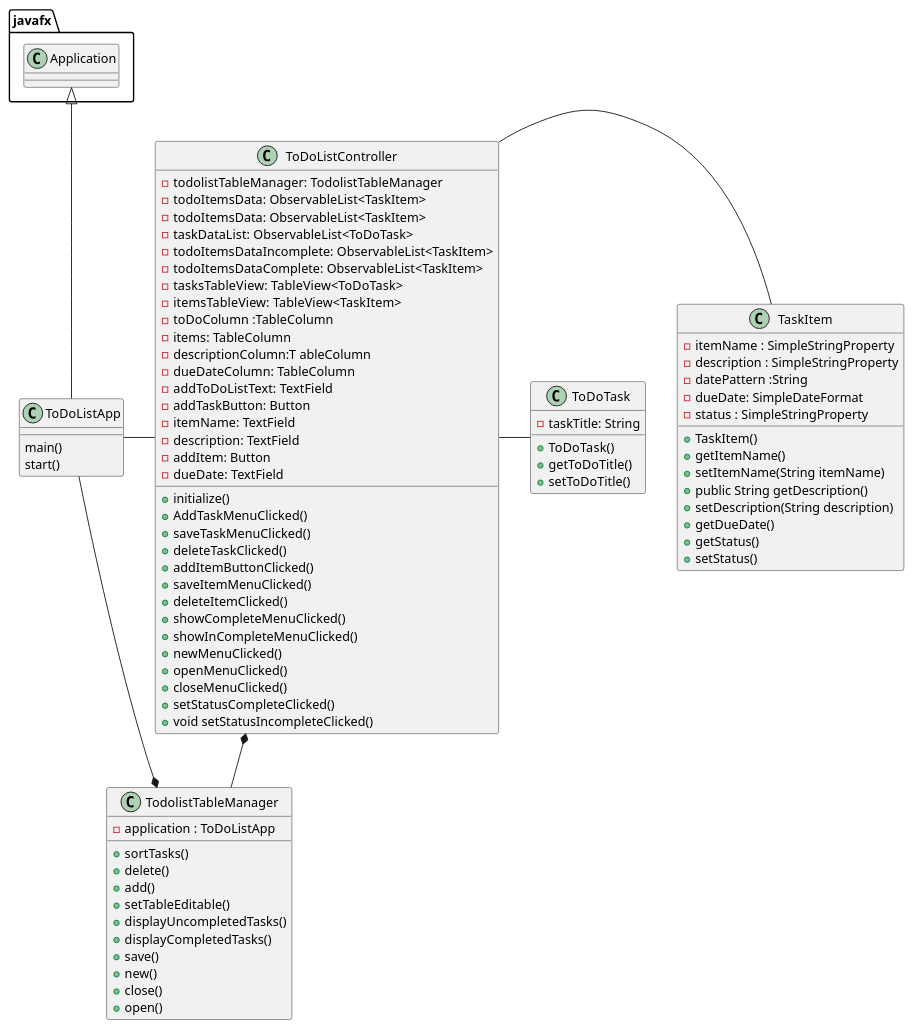
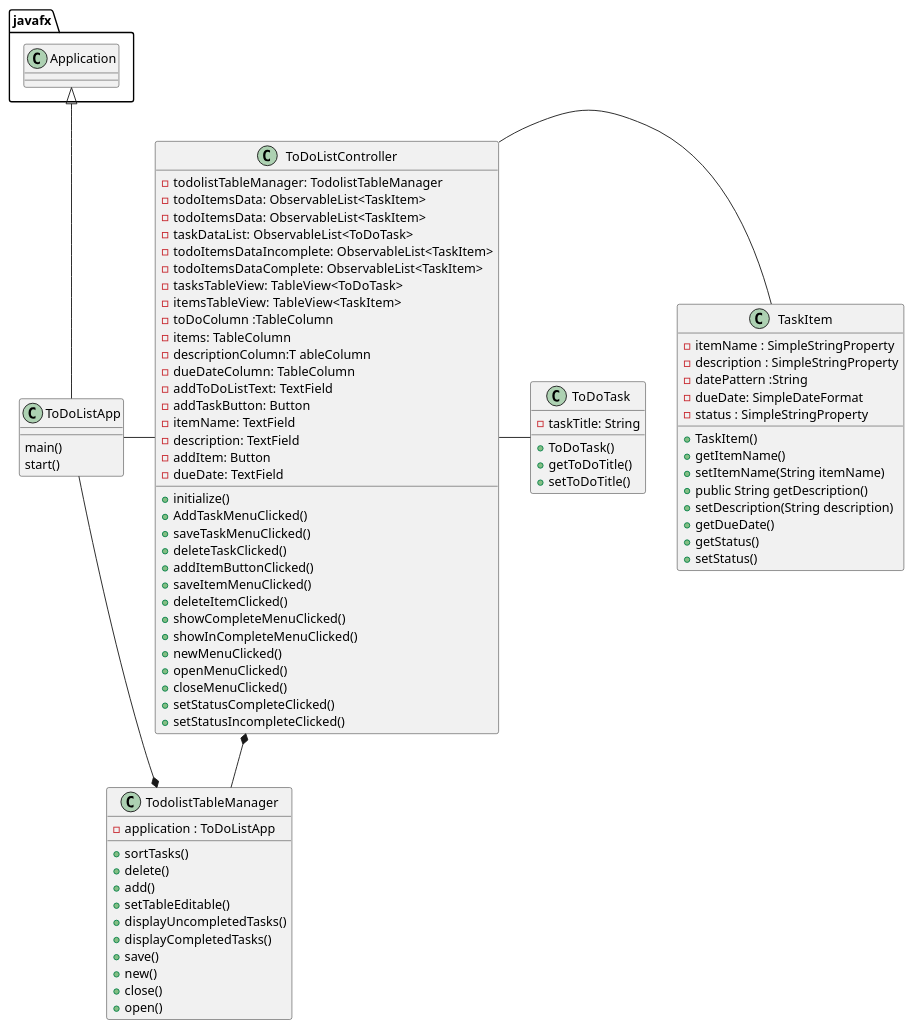
Before and after one commit to Asad006/app4: the diagram in Uml/TodoList.puml, drawn with PlantUML.

Commit message:
final- commit

```diff
--- a/Uml/TodoList.puml
+++ b/Uml/TodoList.puml
@@ -1,90 +1,90 @@
 @startuml
 class TodolistTableManager{
 - application : ToDoListApp
 + sortTasks()
 + delete()
 + add()
 + setTableEditable()
 + displayUncompletedTasks()
 + displayCompletedTasks()
 + save()
 + new()
 + close()
 + open()
 }
 
 class ToDoListController {
     - todolistTableManager: TodolistTableManager
     - todoItemsData: ObservableList<TaskItem>
     - todoItemsData: ObservableList<TaskItem>
     - taskDataList: ObservableList<ToDoTask>
     - todoItemsDataIncomplete: ObservableList<TaskItem>
     - todoItemsDataComplete: ObservableList<TaskItem>
     - tasksTableView: TableView<ToDoTask>
     - itemsTableView: TableView<TaskItem>
     - toDoColumn :TableColumn
     - items: TableColumn
     - descriptionColumn:T ableColumn
     - dueDateColumn: TableColumn
     - addToDoListText: TextField
     - addTaskButton: Button
     - itemName: TextField
     - description: TextField
     - addItem: Button
     - dueDate: TextField
 
  + initialize()
  + AddTaskMenuClicked()
  + saveTaskMenuClicked()
  + deleteTaskClicked()
  + addItemButtonClicked()
  + saveItemMenuClicked()
  + deleteItemClicked()
  + showCompleteMenuClicked()
  + showInCompleteMenuClicked()
  + newMenuClicked()
  + openMenuClicked()
  + closeMenuClicked()
  + setStatusCompleteClicked()
- + void setStatusIncompleteClicked()
+ + setStatusIncompleteClicked()
 
 
 
 
 }
 
 class ToDoTask{
 - taskTitle: String
 + ToDoTask()
 + getToDoTitle()
 + setToDoTitle()
 }
 
 class TaskItem{
     -  itemName : SimpleStringProperty
     -  description : SimpleStringProperty
     -  datePattern :String
     -  dueDate: SimpleDateFormat
     -  status : SimpleStringProperty
 + TaskItem()
 + getItemName()
 + setItemName(String itemName)
 + public String getDescription()
 + setDescription(String description)
 + getDueDate()
 + getStatus()
 + setStatus()
 
 }
 class ToDoListApp{
 main()
 start()
 }
 
 javafx.Application <|-- ToDoListApp
 ToDoListApp - ToDoListController
 ToDoListController - TaskItem
 ToDoListController - ToDoTask
 ToDoListController *-- TodolistTableManager
 TodolistTableManager *-- ToDoListApp
 @enduml
```
